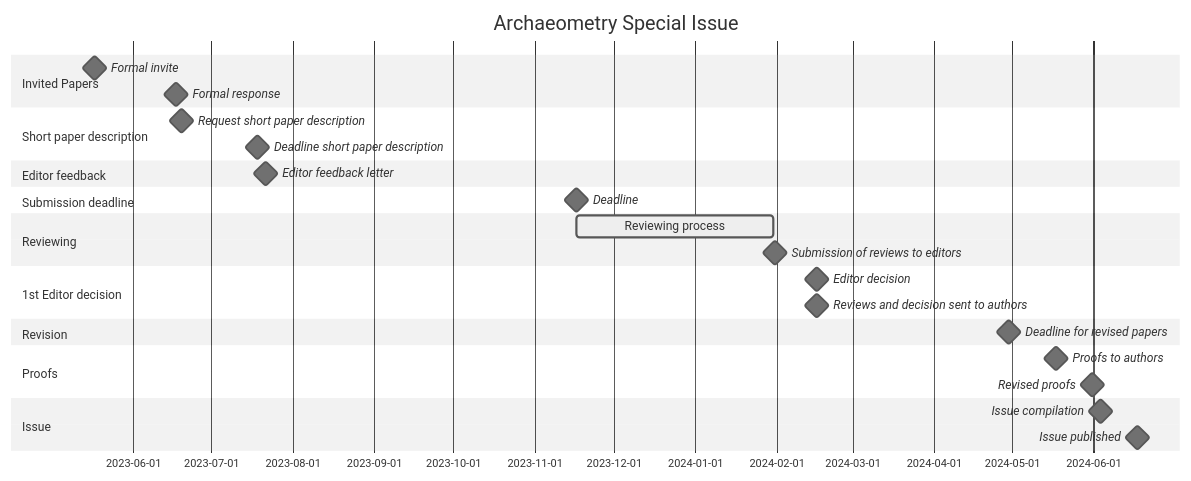
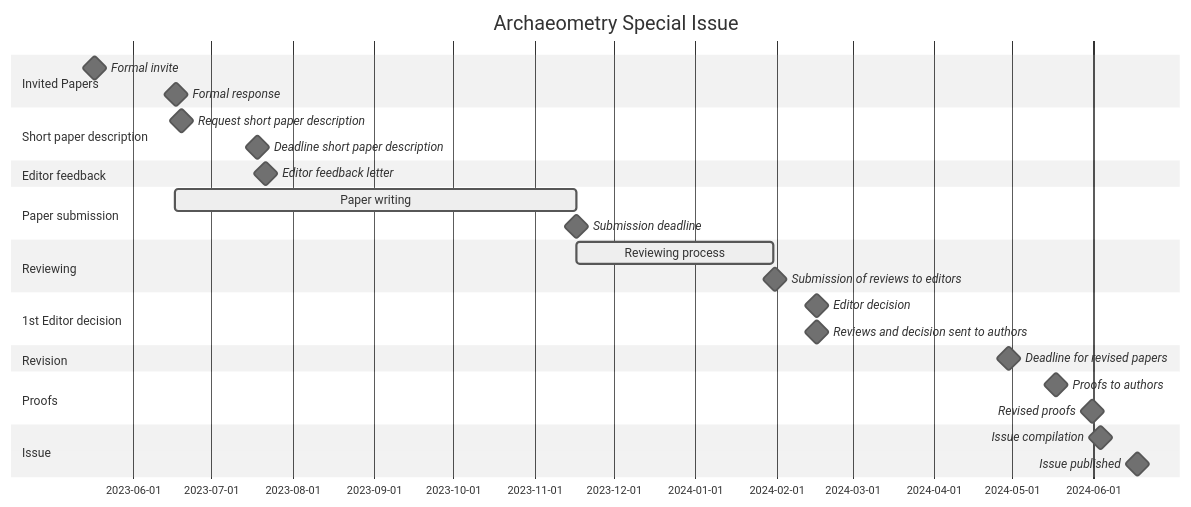
Before and after one commit to historical-time/archaeometry-si: the diagram in README.md, drawn with Mermaid (neutral theme).

````diff
--- a/README.md
+++ b/README.md
@@ -19,30 +19,31 @@
 ```mermaid
 gantt
     title Archaeometry Special Issue
     dateFormat  YYYY-MM-DD
     section Invited Papers
     Formal invite                    : milestone, m0, 2023-05-17, 1d
     Formal response                  : milestone, m0, 2023-06-17, 1d
     section Short paper description
     Request short paper description  : milestone, m0, 2023-06-19, 1d
     Deadline short paper description : milestone, m0, 2023-07-18, 1d
     section Editor feedback
     Editor feedback letter           : milestone, m1, 2023-07-21, 1d
-    section Submission deadline
-    Deadline                         : milestone, m9, 2023-11-17, 1d %% Soft deadline
+    section Paper submission
+    Paper writing                    : active, a0, 2023-06-17, 2023-11-17
+    Submission deadline              : milestone, m9, 2023-11-17, 1d %% Soft deadline
     %% Hard deadline                 : milestone, m9, 2023-11-30, 1d %% Hard deadline
     section Reviewing
     Reviewing process                  : active, a1, 2023-11-17, 2024-01-31
     Submission of reviews to editors   : milestone, m1, 2024-01-31, 1d
     section 1st Editor decision
     Editor decision                     : milestone, m2, 2024-02-16, 1d
     Reviews and decision sent to authors: milestone, m2, 2024-02-16, 1d
     section Revision
     Deadline for revised papers      : milestone, m2, 2024-04-29, 1d
     section Proofs
     Proofs to authors                : milestone, m2, 2024-05-17, 1d
     Revised proofs                   : milestone, m2, 2024-05-31, 1d
     section Issue
     Issue compilation                : milestone, m2, 2024-06-03, 1d
     Issue published                  : milestone, m2, 2024-06-17, 1d
 ```
````
